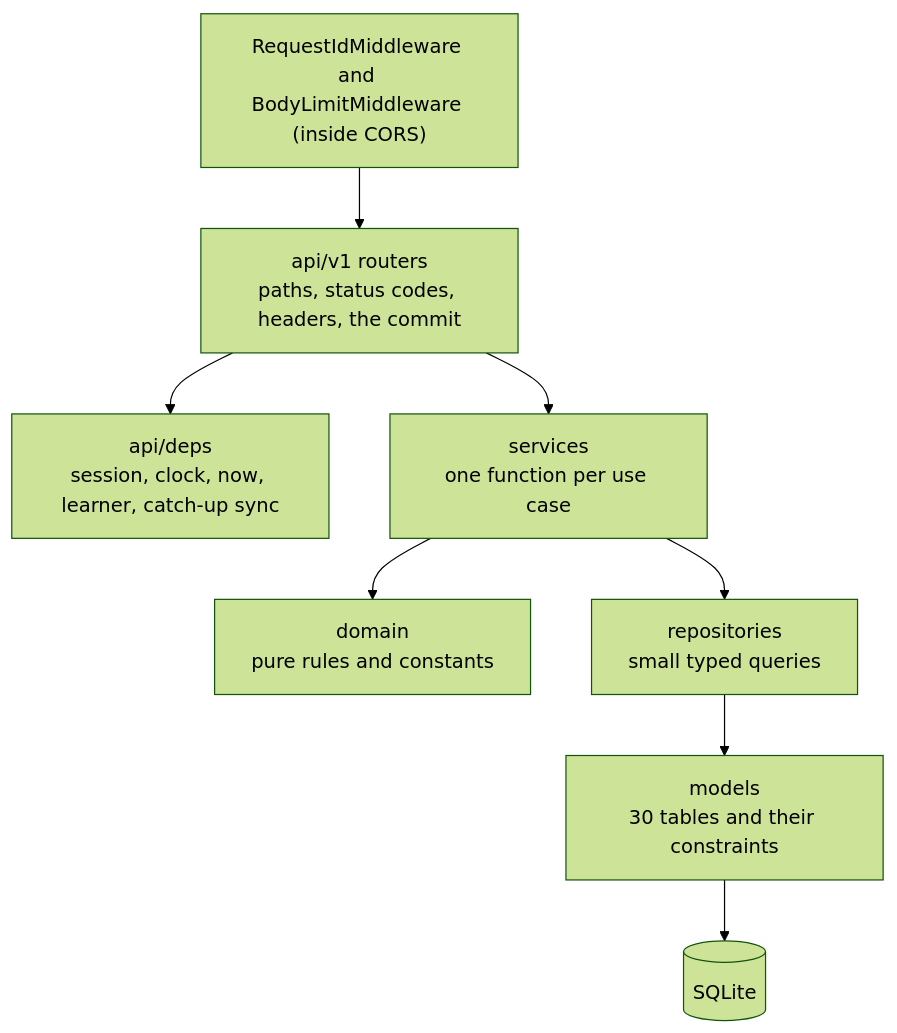
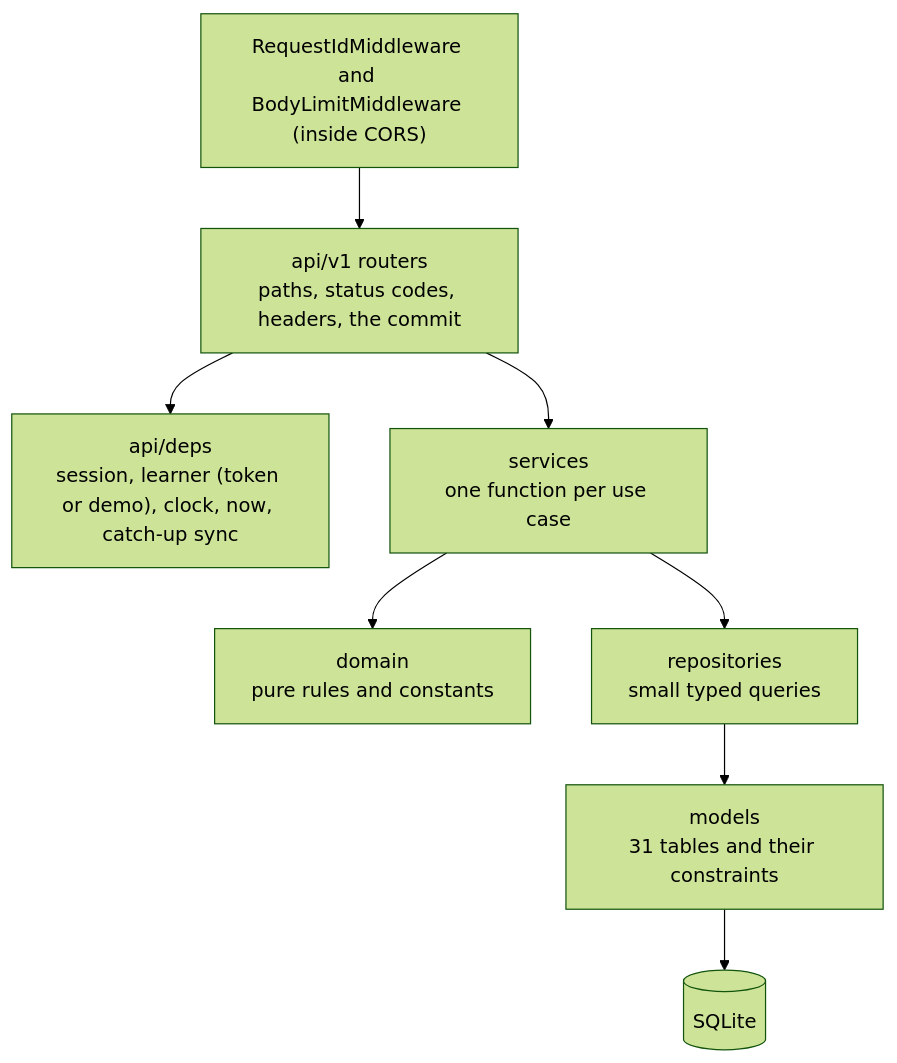
Before and after one commit to PulkitGarg31/Duolingo-Clone: the second of 6 diagrams in README.md, drawn with Mermaid (forest theme). The commit also changed other lines of this file and 1 other file, not shown here.

Commit message:
docs: document accounts, per-learner sandboxes and the new endpoints

````diff
--- a/README.md
+++ b/README.md
@@ -175,10 +182,10 @@
 ```mermaid
 flowchart TB
   MW["RequestIdMiddleware and BodyLimitMiddleware (inside CORS)"] --> RT["api/v1 routers<br/>paths, status codes, headers, the commit"]
-  RT --> DP["api/deps<br/>session, clock, now, learner, catch-up sync"]
+  RT --> DP["api/deps<br/>session, learner (token or demo), clock, now, catch-up sync"]
   RT --> SV["services<br/>one function per use case"]
   SV --> DM["domain<br/>pure rules and constants"]
   SV --> RP["repositories<br/>small typed queries"]
-  RP --> MD["models<br/>30 tables and their constraints"]
+  RP --> MD["models<br/>31 tables and their constraints"]
   MD --> DB[("SQLite")]
 ```
````
